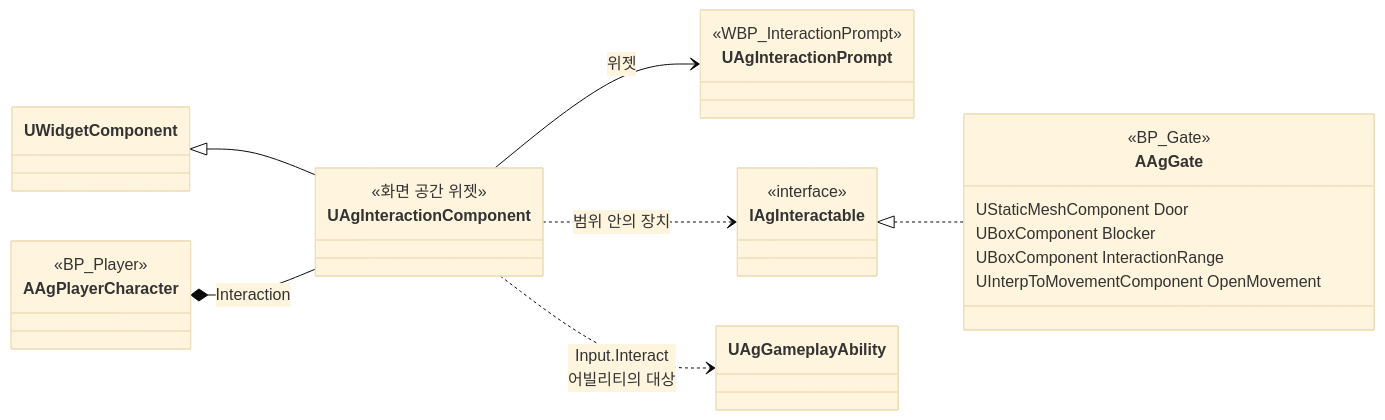
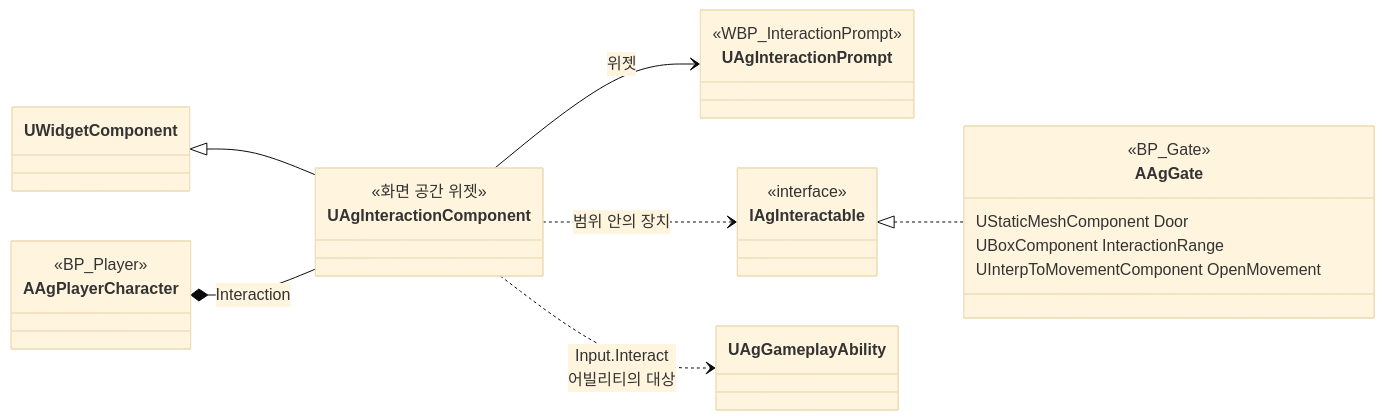
Before and after one commit to Woogl/Ag: the diagram in Docs/Architecture/상호작용.md, drawn with Mermaid (base theme). The commit also changed other lines of this file and 3 other files, not shown here.

````diff
--- a/Docs/Architecture/상호작용.md
+++ b/Docs/Architecture/상호작용.md
@@ -34,29 +34,28 @@
 ```mermaid
 classDiagram
     direction LR
     class AAgPlayerCharacter {
         <<BP_Player>>
     }
     class UAgInteractionComponent {
         <<화면 공간 위젯>>
     }
     class UAgInteractionPrompt {
         <<WBP_InteractionPrompt>>
     }
     class IAgInteractable {
         <<interface>>
     }
     class AAgGate {
         <<BP_Gate>>
         UStaticMeshComponent Door
-        UBoxComponent Blocker
         UBoxComponent InteractionRange
         UInterpToMovementComponent OpenMovement
     }
     UWidgetComponent <|-- UAgInteractionComponent
     AAgPlayerCharacter *-- UAgInteractionComponent : Interaction
     UAgInteractionComponent --> UAgInteractionPrompt : 위젯
     UAgInteractionComponent ..> UAgGameplayAbility : Input.Interact<br>어빌리티의 대상
     UAgInteractionComponent ..> IAgInteractable : 범위 안의 장치
     IAgInteractable <|.. AAgGate
 ```
````
